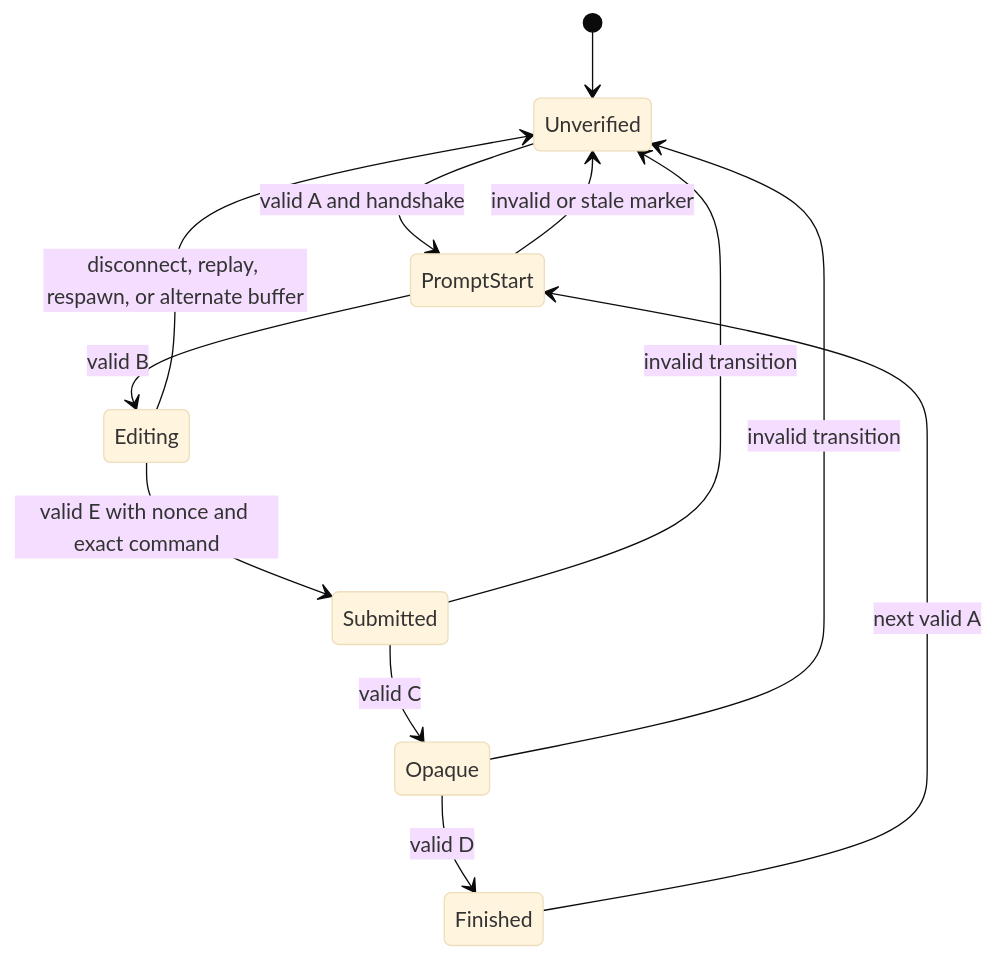
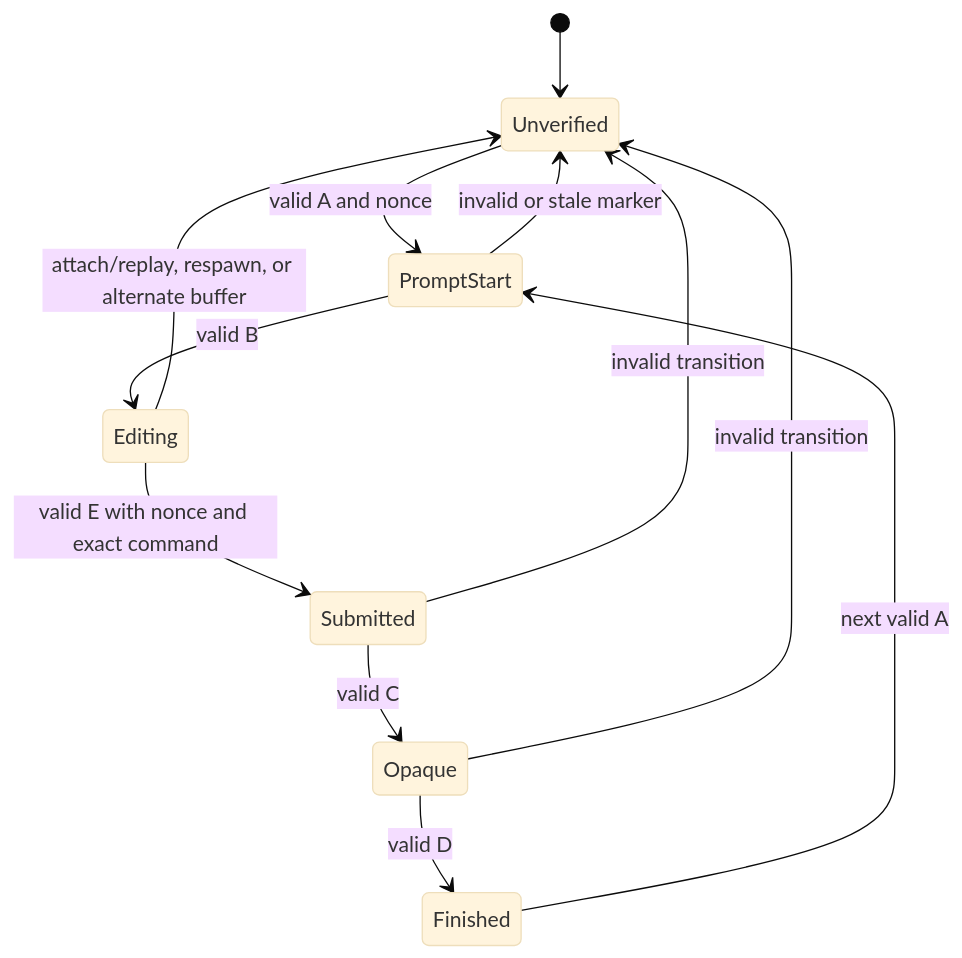
One commit to loidinhm31/dam-hopper changed the diagram in docs/system-architecture.md. Above: the diagram before and after it, drawn with Mermaid (base theme). The commit also changed other lines of this file and 20 other files, not shown here.

````diff
--- a/docs/system-architecture.md
+++ b/docs/system-architecture.md
@@ -124,14 +134,14 @@
 ```mermaid
 stateDiagram-v2
   [*] --> Unverified
-  Unverified --> PromptStart : valid A and handshake
+  Unverified --> PromptStart : valid A and nonce
   PromptStart --> Editing : valid B
   Editing --> Submitted : valid E with nonce and exact command
   Submitted --> Opaque : valid C
   Opaque --> Finished : valid D
   Finished --> PromptStart : next valid A
   PromptStart --> Unverified : invalid or stale marker
-  Editing --> Unverified : disconnect, replay, respawn, or alternate buffer
+  Editing --> Unverified : attach/replay, respawn, or alternate buffer
   Submitted --> Unverified : invalid transition
   Opaque --> Unverified : invalid transition
 ```
````
